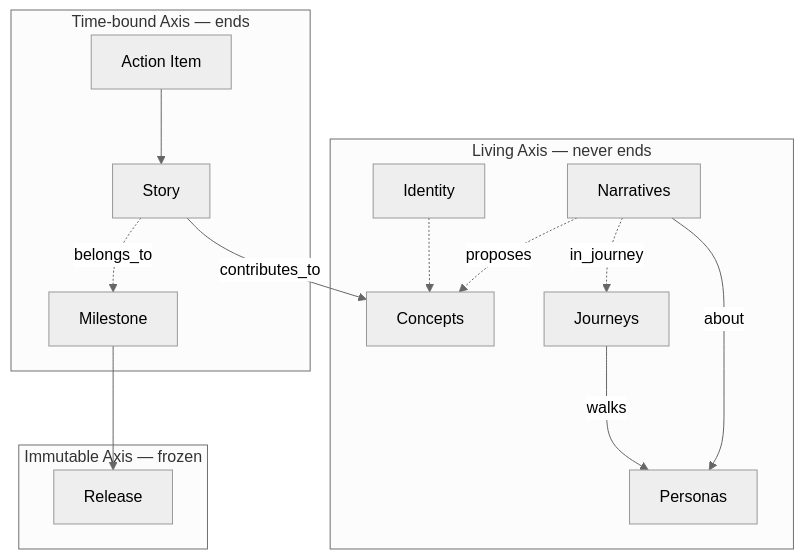
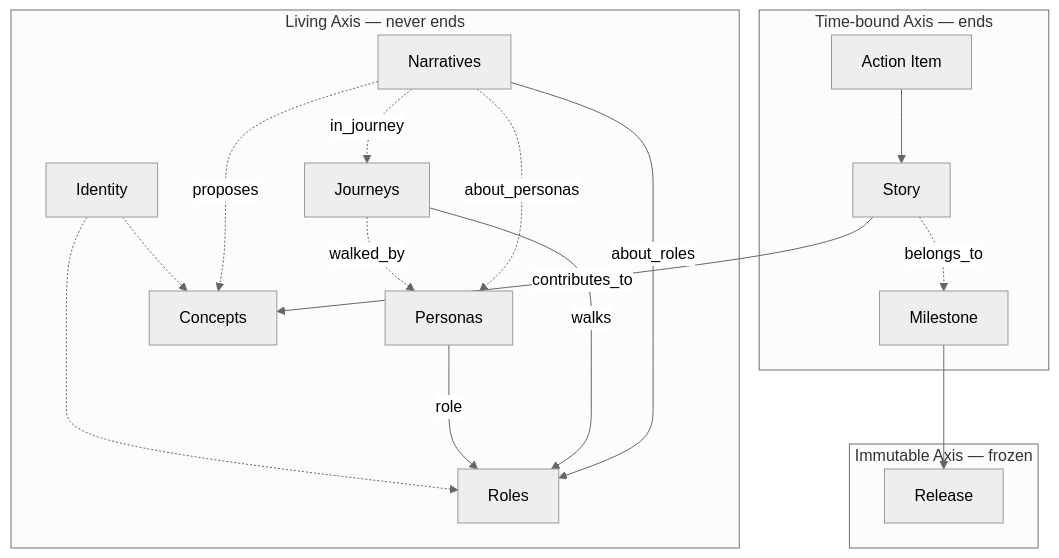
Before and after one commit to noory-code/noory-ai: the diagram in solera/docs/reference/axes-and-status.md, drawn with Mermaid (neutral theme). The commit also changed other lines of this file and 11 other files, not shown here.

First line of the commit message:
feat(solera)!: solera-write-role skill + adjust write-persona/journey/narrative for Role-based schema

````diff
--- a/solera/docs/reference/axes-and-status.md
+++ b/solera/docs/reference/axes-and-status.md
@@ -18,27 +18,32 @@
 ```mermaid
 flowchart TD
     subgraph Living["Living Axis — never ends"]
         ID[Identity]
-        CO[Concepts]
+        RO[Roles]
         PE[Personas]
         JO[Journeys]
         NA[Narratives]
+        CO[Concepts]
     end
     subgraph TimeBound["Time-bound Axis — ends"]
         MS[Milestone]
         ST[Story]
         AI[Action Item]
     end
     subgraph Immutable["Immutable Axis — frozen"]
         RE[Release]
     end
     ID -.-> CO
-    JO -->|walks| PE
-    NA -->|about| PE
+    ID -.-> RO
+    PE -->|role| RO
+    JO -->|walks| RO
+    JO -.->|walked_by| PE
+    NA -->|about_roles| RO
+    NA -.->|about_personas| PE
     NA -.->|in_journey| JO
     NA -.->|proposes| CO
     ST -->|contributes_to| CO
     ST -.->|belongs_to| MS
     AI --> ST
     MS --> RE
 ```
````
